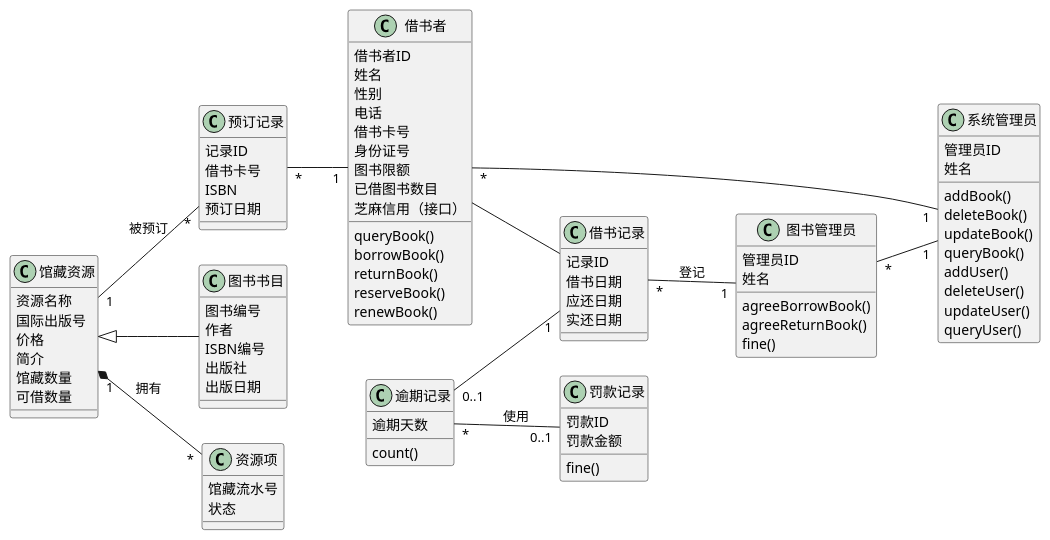
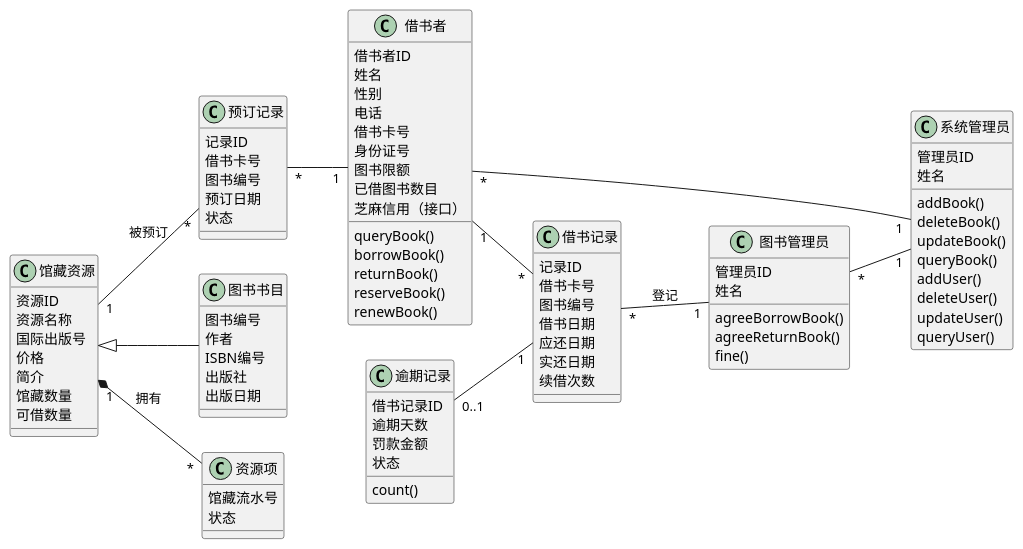
The diagram in test3/classDraw.puml (201610414130/is_analysis-8), drawn with PlantUML before and after one commit. The commit also changed 4 other files, not shown here.

```diff
--- a/test3/classDraw.puml
+++ b/test3/classDraw.puml
@@ -1,88 +1,90 @@
 @startuml
 left to right direction
 Class 借书者{
  借书者ID
  姓名
  性别
  电话
  借书卡号
  身份证号
  图书限额
  已借图书数目
  芝麻信用（接口）
  queryBook()
  borrowBook()
  returnBook()
  reserveBook()
  renewBook()
 }
 Class 图书管理员{
  管理员ID
  姓名
  agreeBorrowBook()
  agreeReturnBook()
  fine()
 }
 Class 系统管理员{
  管理员ID
  姓名
  addBook()
  deleteBook()
  updateBook()
  queryBook()
  addUser()
  deleteUser()
  updateUser()
  queryUser()
 }
 Class 借书记录{
  记录ID
+ 借书卡号
+ 图书编号
  借书日期
  应还日期
  实还日期
+ 续借次数
 }
 Class 逾期记录{
+ 借书记录ID
  逾期天数
+ 罚款金额
+ 状态
  count()
-}
-Class 罚款记录{
- 罚款ID
- 罚款金额
- fine()
 }
 Class 预订记录{
  记录ID
  借书卡号
- ISBN
+ 图书编号
  预订日期
+ 状态
 }
 Class 图书书目{
  图书编号
  作者
  ISBN编号
  出版社
  出版日期
 }
 Class 馆藏资源{
+资源ID
 资源名称
 国际出版号
 价格
 简介
 馆藏数量
 可借数量
 }
 Class 资源项{
 馆藏流水号
 状态
 }
-借书者 -- 借书记录
+借书者"1" -- "*" 借书记录
 图书管理员 "1" -up- "*"借书记录 :登记
 借书记录"1" -up- "0..1"逾期记录
-逾期记录"*" -- "0..1"罚款记录:使用
 借书者 "*" -up- "1"系统管理员
 预订记录"*" -- "1"借书者
 图书管理员 "*" -- "1" 系统管理员
 馆藏资源"1" -- "*"预订记录 :被预订
 图书书目 -up-|> 馆藏资源
 馆藏资源"1" *-- "*"资源项:拥有
 @enduml
```
